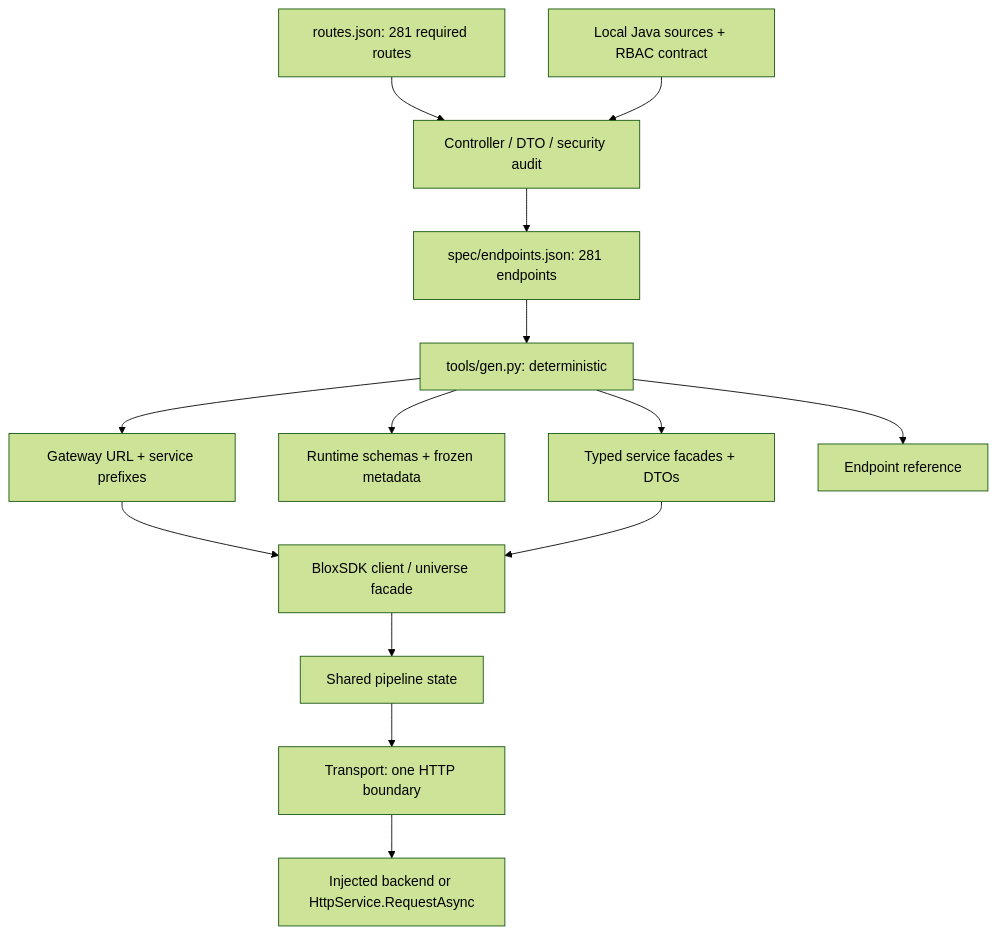
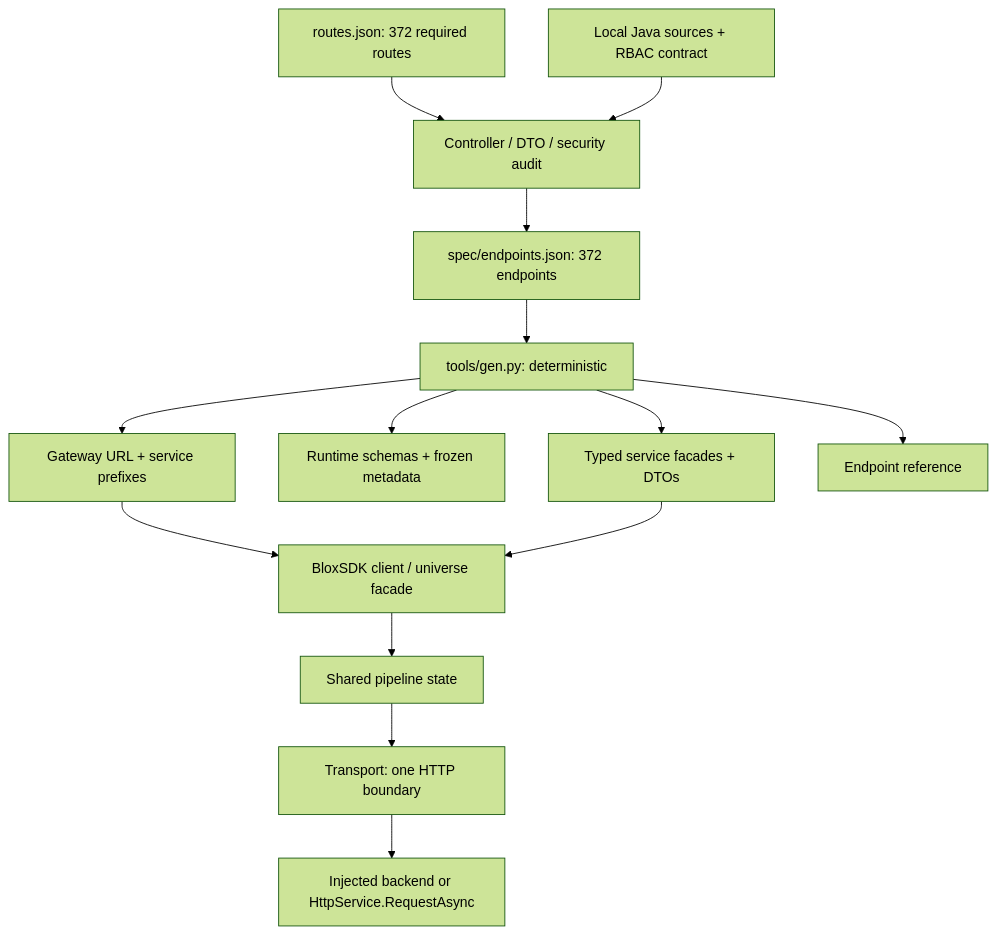
The first of 2 diagrams in docs/ARCHITECTURE.md (samjay22/blox-sdk), drawn with Mermaid (forest theme) before and after one commit. The commit also changed other lines of this file and 121 other files, not shown here.

````diff
--- a/docs/ARCHITECTURE.md
+++ b/docs/ARCHITECTURE.md
@@ -3,16 +3,16 @@
 ```mermaid
 flowchart TD
-  Routes[routes.json: 281 required routes] --> Audit[Controller / DTO / security audit]
+  Routes[routes.json: 372 required routes] --> Audit[Controller / DTO / security audit]
   Java[Local Java sources + RBAC contract] --> Audit
-  Audit --> Spec[spec/endpoints.json: 281 endpoints]
+  Audit --> Spec[spec/endpoints.json: 372 endpoints]
   Spec --> Generator[tools/gen.py: deterministic]
   Generator --> Services[Typed service facades + DTOs]
   Generator --> Schemas[Runtime schemas + frozen metadata]
   Generator --> Routing[Gateway URL + service prefixes]
   Routing --> Client
   Generator --> Reference[Endpoint reference]
   Services --> Client[BloxSDK client / universe facade]
   Client --> Pipeline[Shared pipeline state]
   Pipeline --> Transport[Transport: one HTTP boundary]
   Transport --> Backend[Injected backend or HttpService.RequestAsync]
 ```
````
